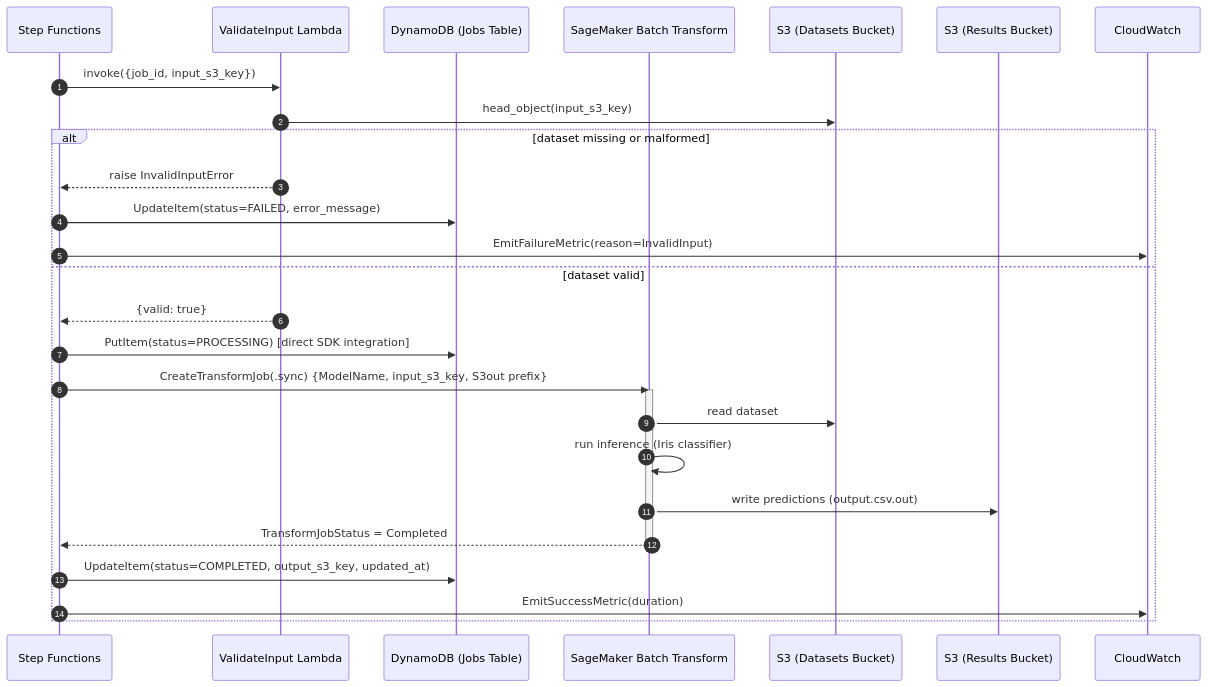
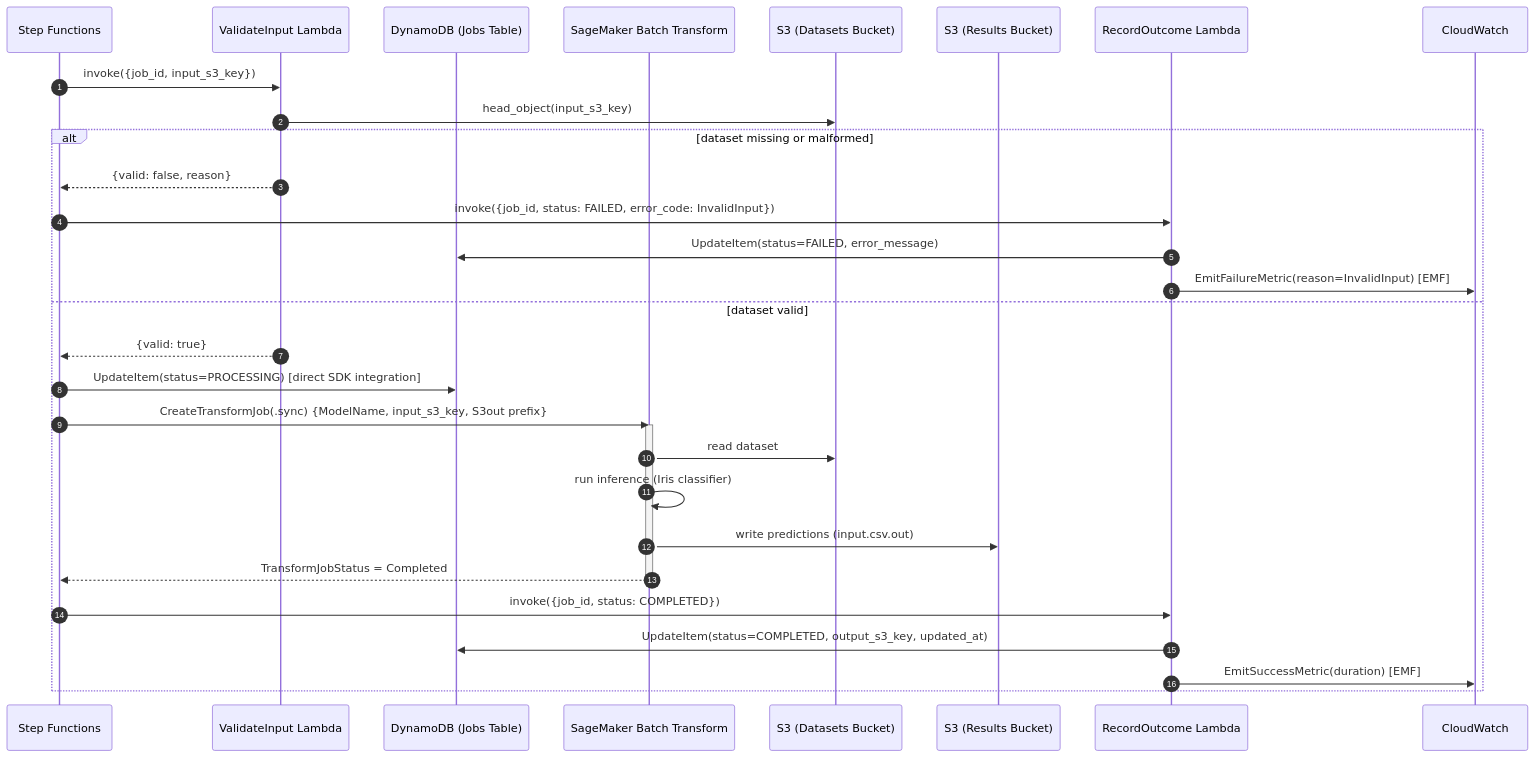
One commit to lapczyna/aws-mlops-reference-platform changed the third of 6 diagrams in docs/architecture/sequence-diagrams.md. Above: the diagram before and after it, drawn with Mermaid. The commit also changed other lines of this file and 22 other files, not shown here.

````diff
--- a/docs/architecture/sequence-diagrams.md
+++ b/docs/architecture/sequence-diagrams.md
@@ -61,31 +61,34 @@
 ```mermaid
 sequenceDiagram
     autonumber
     participant SFN as Step Functions
     participant Validate as ValidateInput Lambda
     participant DDB as DynamoDB (Jobs Table)
     participant SM as SageMaker Batch Transform
     participant S3in as S3 (Datasets Bucket)
     participant S3out as S3 (Results Bucket)
+    participant Outcome as RecordOutcome Lambda
     participant CW as CloudWatch
 
     SFN->>Validate: invoke({job_id, input_s3_key})
     Validate->>S3in: head_object(input_s3_key)
     alt dataset missing or malformed
-        Validate-->>SFN: raise InvalidInputError
-        SFN->>DDB: UpdateItem(status=FAILED, error_message)
-        SFN->>CW: EmitFailureMetric(reason=InvalidInput)
+        Validate-->>SFN: {valid: false, reason}
+        SFN->>Outcome: invoke({job_id, status: FAILED, error_code: InvalidInput})
+        Outcome->>DDB: UpdateItem(status=FAILED, error_message)
+        Outcome->>CW: EmitFailureMetric(reason=InvalidInput) [EMF]
     else dataset valid
         Validate-->>SFN: {valid: true}
-        SFN->>DDB: PutItem(status=PROCESSING) [direct SDK integration]
+        SFN->>DDB: UpdateItem(status=PROCESSING) [direct SDK integration]
         SFN->>SM: CreateTransformJob(.sync) {ModelName, input_s3_key, S3out prefix}
         activate SM
         SM->>S3in: read dataset
         SM->>SM: run inference (Iris classifier)
-        SM->>S3out: write predictions (output.csv.out)
+        SM->>S3out: write predictions (input.csv.out)
         SM-->>SFN: TransformJobStatus = Completed
         deactivate SM
-        SFN->>DDB: UpdateItem(status=COMPLETED, output_s3_key, updated_at)
-        SFN->>CW: EmitSuccessMetric(duration)
+        SFN->>Outcome: invoke({job_id, status: COMPLETED})
+        Outcome->>DDB: UpdateItem(status=COMPLETED, output_s3_key, updated_at)
+        Outcome->>CW: EmitSuccessMetric(duration) [EMF]
     end
 ```
````
